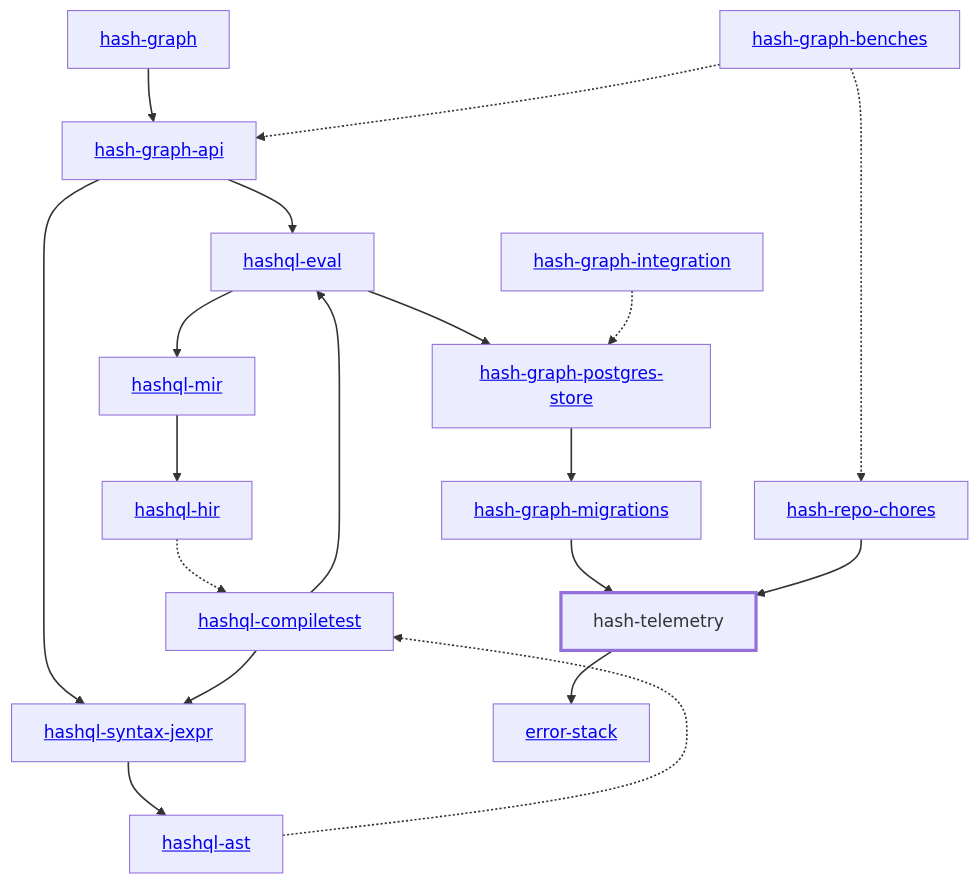
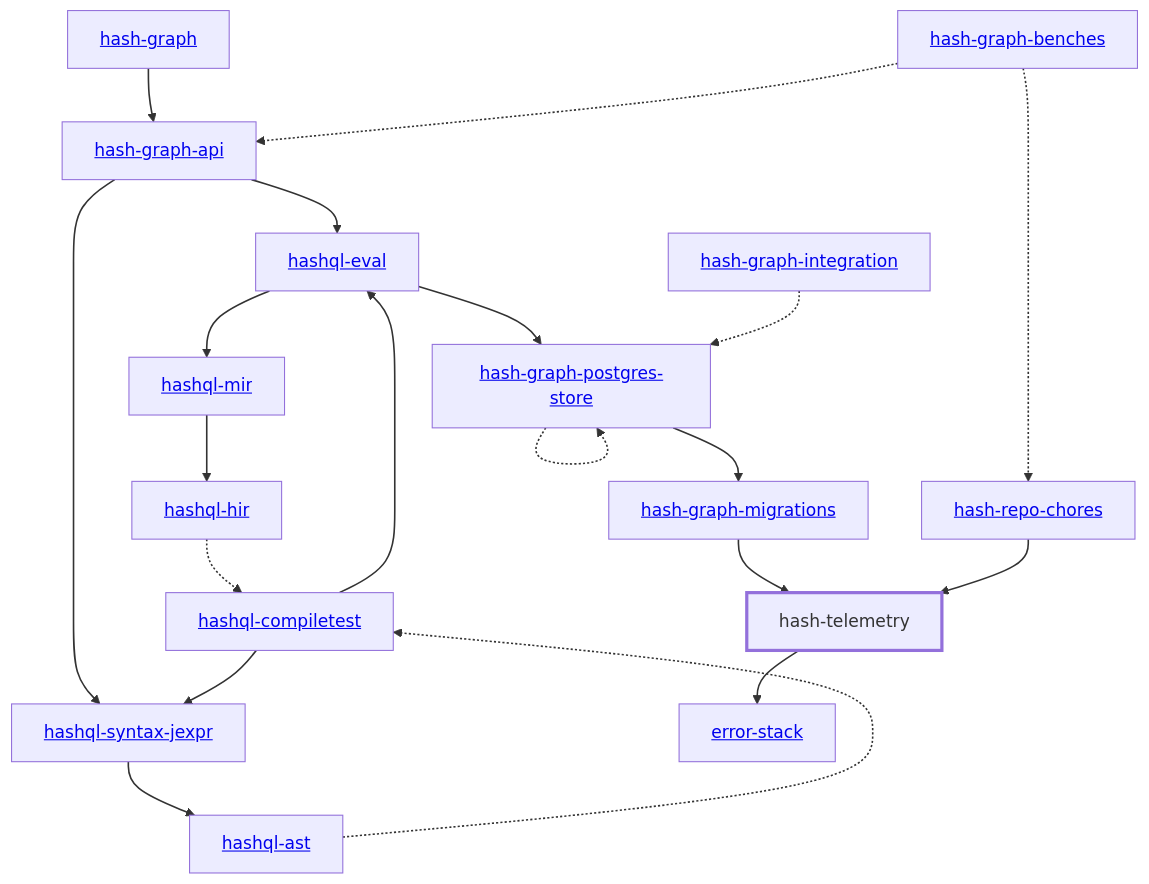
One commit to hashintel/hash changed the diagram in libs/@local/telemetry/docs/dependency-diagram.mmd. Above: the diagram before and after it, drawn with Mermaid. The commit also changed 28 other files, not shown here.

```diff
--- a/libs/@local/telemetry/docs/dependency-diagram.mmd
+++ b/libs/@local/telemetry/docs/dependency-diagram.mmd
@@ -1,44 +1,45 @@
 graph TD
     linkStyle default stroke-width:1.5px
     classDef default stroke-width:1px
     classDef root stroke-width:3px
     classDef dev stroke-width:1px
     classDef build stroke-width:1px
     %% Legend
     %% --> : Normal dependency
     %% -.-> : Dev dependency
     %% ---> : Build dependency
     0[<a href="../hash_graph/index.html">hash-graph</a>]
     1[<a href="../hash_graph_api/index.html">hash-graph-api</a>]
     2[<a href="../hash_graph_migrations/index.html">hash-graph-migrations</a>]
     3[<a href="../hash_graph_postgres_store/index.html">hash-graph-postgres-store</a>]
     4[<a href="../hashql_ast/index.html">hashql-ast</a>]
     5[<a href="../hashql_compiletest/index.html">hashql-compiletest</a>]
     6[<a href="../hashql_eval/index.html">hashql-eval</a>]
     7[<a href="../hashql_hir/index.html">hashql-hir</a>]
     8[<a href="../hashql_mir/index.html">hashql-mir</a>]
     9[<a href="../hashql_syntax_jexpr/index.html">hashql-syntax-jexpr</a>]
     10[<a href="../hash_repo_chores/index.html">hash-repo-chores</a>]
     11[hash-telemetry]
     class 11 root
     12[<a href="../error_stack/index.html">error-stack</a>]
     13[<a href="../hash_graph_benches/index.html">hash-graph-benches</a>]
     14[<a href="../hash_graph_integration/index.html">hash-graph-integration</a>]
     0 --> 1
     1 --> 6
     1 --> 9
     2 --> 11
     3 --> 2
+    3 -.-> 3
     4 -.-> 5
     5 --> 6
     5 --> 9
     6 --> 3
     6 --> 8
     7 -.-> 5
     8 --> 7
     9 --> 4
     10 --> 11
     11 --> 12
     13 -.-> 1
     13 -.-> 10
     14 -.-> 3
```
